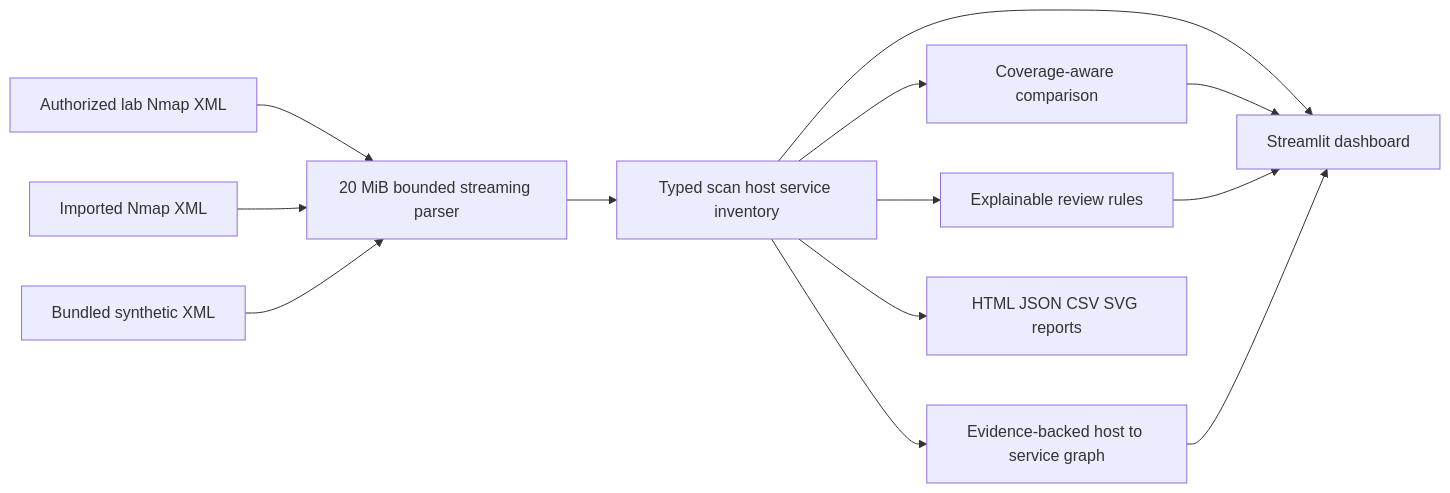
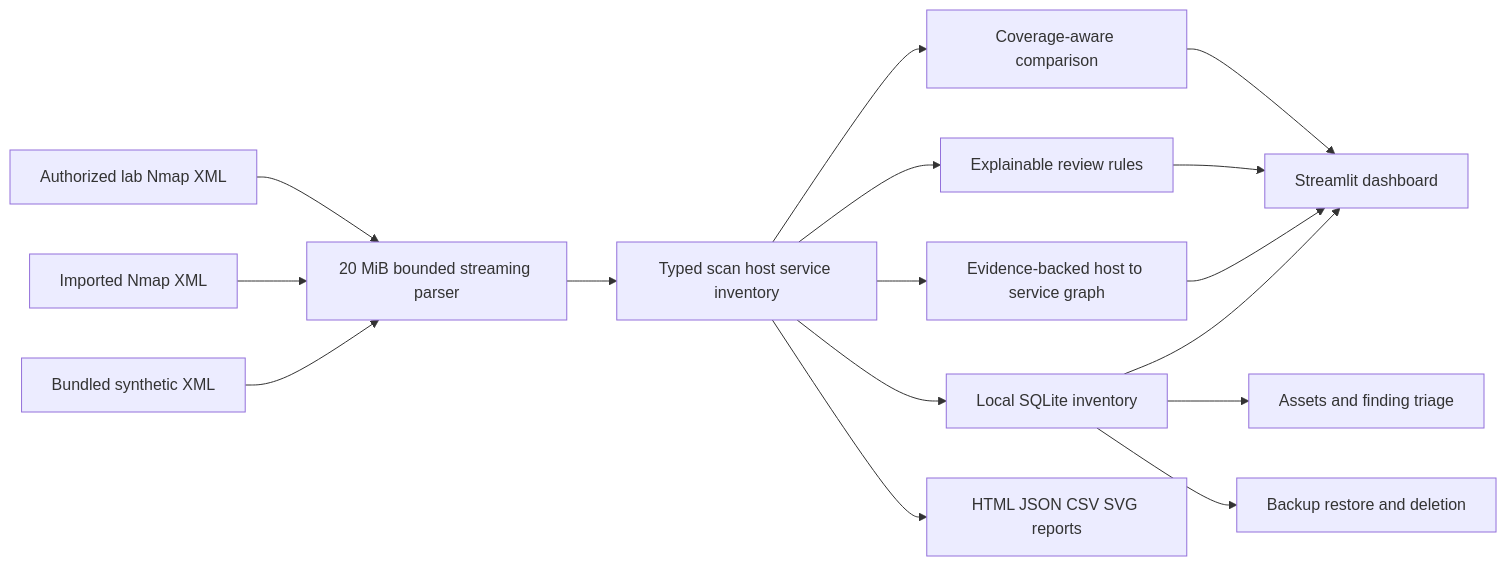
One commit to job123-45/NetMap-Network-Discovery-and-Security-Dashboard. changed the diagram in README.md. Above: the diagram before and after it, drawn with Mermaid. The commit also changed other lines of this file and 10 other files, not shown here.

Commit message:
Add local persistent inventory and finding triage

````diff
--- a/README.md
+++ b/README.md
@@ -20,15 +22,18 @@
 ```mermaid
 flowchart LR
   A[Authorized lab Nmap XML] --> B[20 MiB bounded streaming parser]
   C[Imported Nmap XML] --> B
   D[Bundled synthetic XML] --> B
   B --> E[Typed scan host service inventory]
   E --> F[Coverage-aware comparison]
   E --> G[Explainable review rules]
   E --> H[Evidence-backed host to service graph]
-  E --> I[Streamlit dashboard]
+  E --> K[Local SQLite inventory]
+  K --> I[Streamlit dashboard]
+  K --> L[Assets and finding triage]
+  K --> M[Backup restore and deletion]
   F --> I
   G --> I
   H --> I
   E --> J[HTML JSON CSV SVG reports]
 ```
````
